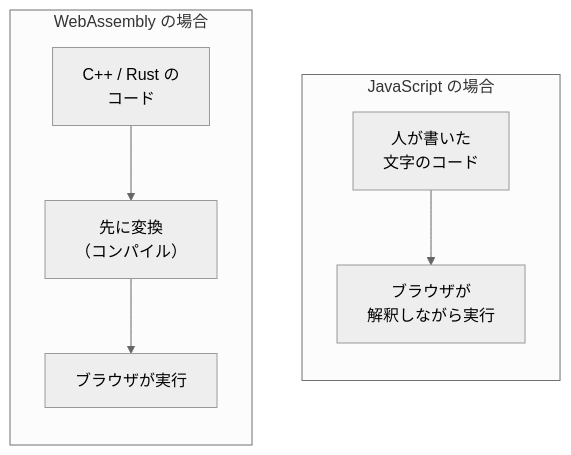
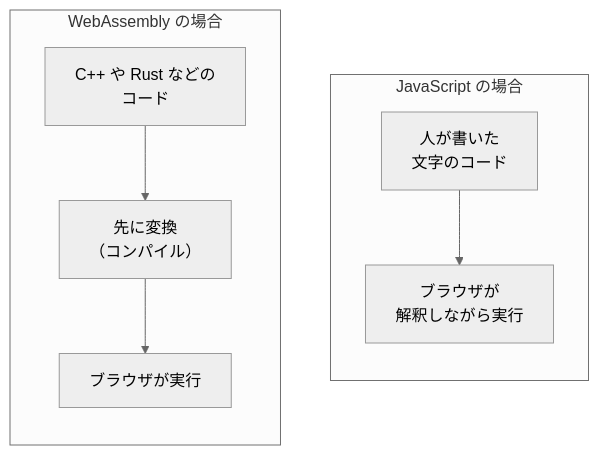
The first of 2 diagrams in docs/drafts/155/index.md (ozaki25/web-front-training-ozaki25), drawn with Mermaid (neutral theme) before and after one commit. The commit also changed other lines of this file, not shown here.

````diff
--- a/docs/drafts/155/index.md
+++ b/docs/drafts/155/index.md
@@ -64,11 +76,11 @@
 ```mermaid
 flowchart TB
   subgraph js["JavaScript の場合"]
     direction TB
     a1["人が書いた<br>文字のコード"] --> a2["ブラウザが<br>解釈しながら実行"]
   end
   subgraph wasm["WebAssembly の場合"]
     direction TB
-    b1["C++ / Rust の<br>コード"] --> b2["先に変換<br>（コンパイル）"] --> b3["ブラウザが実行"]
+    b1["C++ や Rust などの<br>コード"] --> b2["先に変換<br>（コンパイル）"] --> b3["ブラウザが実行"]
   end
 ```
````
